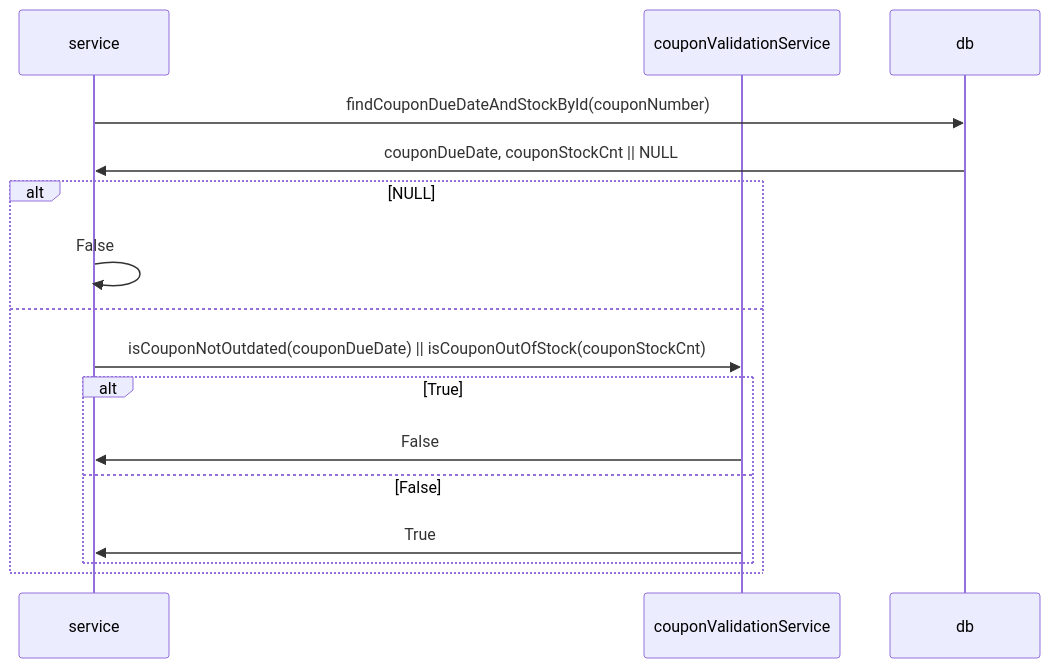
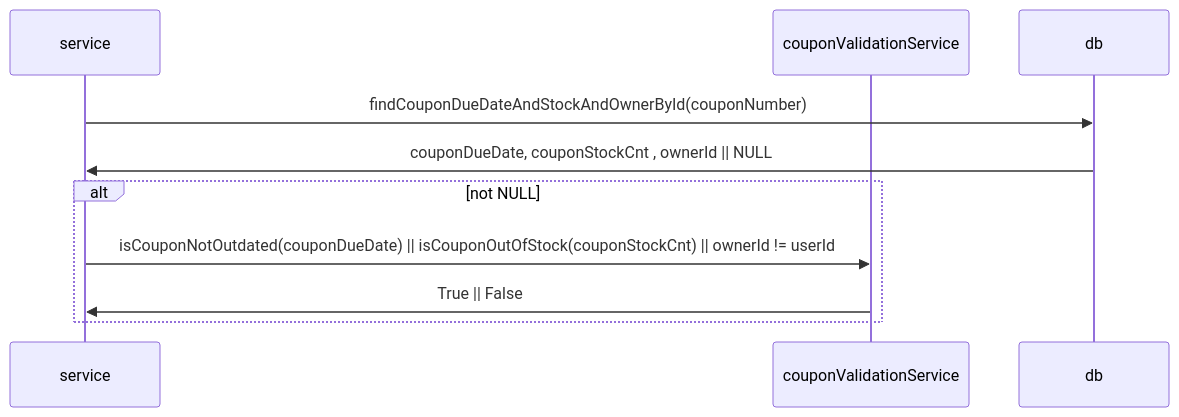
Before and after one commit to couponApiServerEconovation/couponApiServerMtak: the fifth of 8 diagrams in sequence-diagram-phase-0.md, drawn with Mermaid. The commit also changed other lines of this file and 1 other file, not shown here.

Commit message:
#10 phase-9 ERD 완성

````diff
--- a/sequence-diagram-phase-0.md
+++ b/sequence-diagram-phase-0.md
@@ -113,20 +98,14 @@
 ```mermaid
 sequenceDiagram
 participant s as service
 participant sv as couponValidationService
 participant db
 
-s->>db: findCouponDueDateAndStockById(couponNumber)
-db->>s: couponDueDate, couponStockCnt || NULL
-alt NULL
-  s->>s: False
-else
-  s->>sv: isCouponNotOutdated(couponDueDate) || isCouponOutOfStock(couponStockCnt)
-  alt True
-  sv->>s: False
-  else False
-  sv->>s: True
-  end
+s->>db: findCouponDueDateAndStockAndOwnerById(couponNumber)
+db->>s: couponDueDate, couponStockCnt , ownerId || NULL
+alt not NULL
+  s->>sv: isCouponNotOutdated(couponDueDate) || isCouponOutOfStock(couponStockCnt) || ownerId != userId
+  sv->>s: True || False
 end
 
 ```
````
